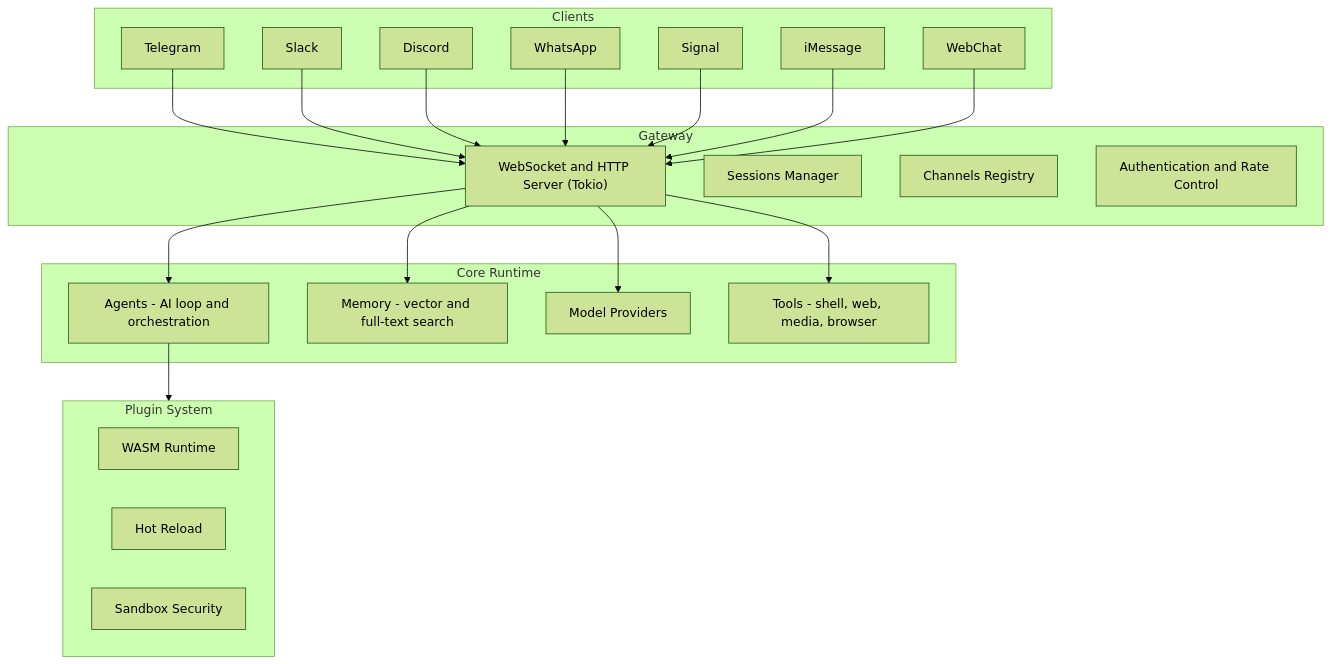
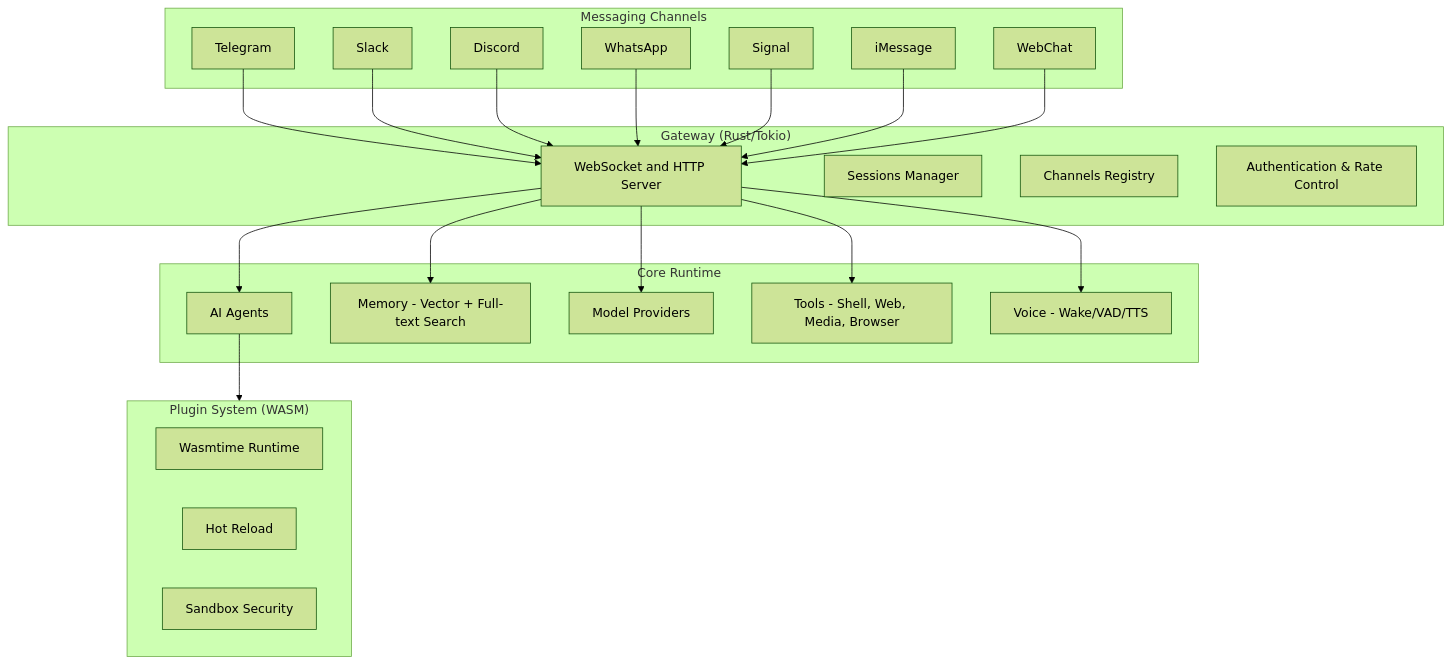
One commit to JonusNattapong/openkrab changed the diagram in README.md. Above: the diagram before and after it, drawn with Mermaid (forest theme). The commit also changed other lines of this file and 138 other files, not shown here.

````diff
--- a/README.md
+++ b/README.md
@@ -152,47 +169,49 @@
 ```mermaid
 flowchart TB
-    subgraph Clients["Clients"]
+    subgraph Clients["Messaging Channels"]
         Telegram["Telegram"]
         Slack["Slack"]
         Discord["Discord"]
         WhatsApp["WhatsApp"]
         Signal["Signal"]
         iMessage["iMessage"]
         WebChat["WebChat"]
     end
 
-    subgraph GatewayPlane["Gateway"]
-        GatewayCore["WebSocket and HTTP Server (Tokio)"]
+    subgraph GatewayPlane["Gateway (Rust/Tokio)"]
+        GatewayCore["WebSocket and HTTP Server"]
         Sessions["Sessions Manager"]
         Channels["Channels Registry"]
-        Auth["Authentication and Rate Control"]
+        Auth["Authentication & Rate Control"]
     end
 
     subgraph Runtime["Core Runtime"]
-        Agents["Agents - AI loop and orchestration"]
-        Memory["Memory - vector and full-text search"]
+        Agents["AI Agents"]
+        Memory["Memory - Vector + Full-text Search"]
         Providers["Model Providers"]
-        Tools["Tools - shell, web, media, browser"]
+        Tools["Tools - Shell, Web, Media, Browser"]
+        Voice["Voice - Wake/VAD/TTS"]
     end
 
-    subgraph Plugins["Plugin System"]
-        WASM["WASM Runtime"]
+    subgraph Plugins["Plugin System (WASM)"]
+        WASM["Wasmtime Runtime"]
         HotReload["Hot Reload"]
         Sandbox["Sandbox Security"]
     end
 
     Telegram --> GatewayCore
     Slack --> GatewayCore
     Discord --> GatewayCore
     WhatsApp --> GatewayCore
     Signal --> GatewayCore
     iMessage --> GatewayCore
     WebChat --> GatewayCore
 
     GatewayCore --> Agents
     GatewayCore --> Memory
     GatewayCore --> Providers
     GatewayCore --> Tools
+    GatewayCore --> Voice
 
     Agents --> Plugins
 ```
````
